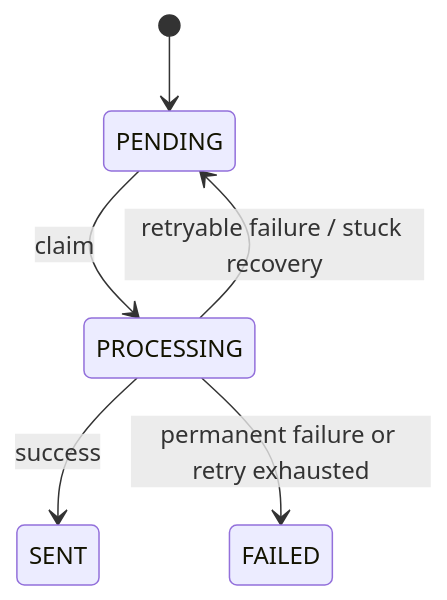
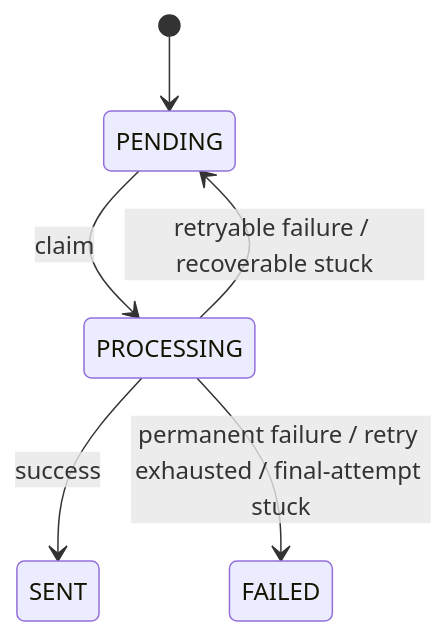
The second of 3 diagrams in README.md (irerin07/liveclass), drawn with Mermaid before and after one commit. The commit also changed other lines of this file and 25 other files, not shown here.

````diff
--- a/README.md
+++ b/README.md
@@ -229,8 +231,8 @@
 ```mermaid
 stateDiagram-v2
     [*] --> PENDING
     PENDING --> PROCESSING: claim
     PROCESSING --> SENT: success
-    PROCESSING --> PENDING: retryable failure / stuck recovery
-    PROCESSING --> FAILED: permanent failure or retry exhausted
+    PROCESSING --> PENDING: retryable failure / recoverable stuck
+    PROCESSING --> FAILED: permanent failure / retry exhausted / final-attempt stuck
 ```
````
